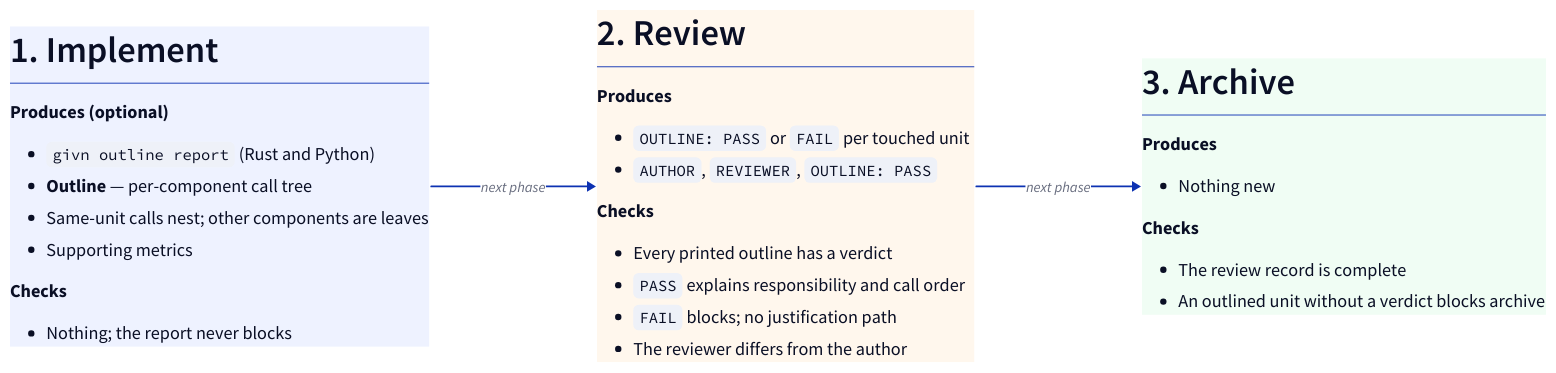
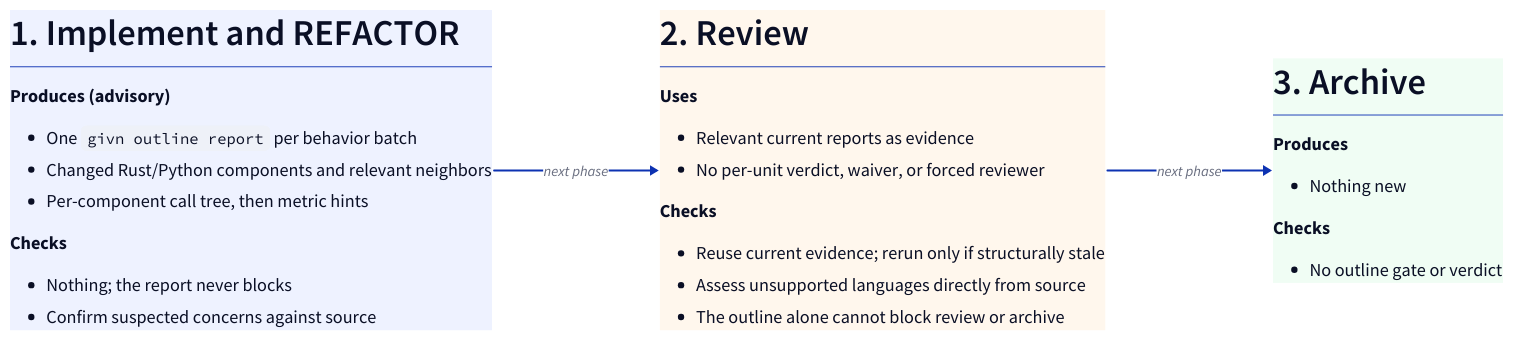
One commit to buster/givn changed the diagram in docs/outline-workflow.d2. Above: the diagram before and after it, drawn with D2. The commit also changed 43 other files, not shown here.

First line of the commit message:
docs(1.0): reconcile current guidance, architecture records and the manual 0.x transition

```diff
--- a/docs/outline-workflow.d2
+++ b/docs/outline-workflow.d2
@@ -1,64 +1,62 @@
 direction: right
 
 
 implement: |md
-  # 1. Implement
+  # 1. Implement and REFACTOR
 
-  **Produces (optional)**
+  **Produces (advisory)**
 
-  - `givn outline report` (Rust and Python)
-  - **Outline** — per-component call tree
-  - Same-unit calls nest; other components are leaves
-  - Supporting metrics
+  - One `givn outline report` per behavior batch
+  - Changed Rust/Python components and relevant neighbors
+  - Per-component call tree, then metric hints
 
   **Checks**
 
   - Nothing; the report never blocks
+  - Confirm suspected concerns against source
 | {
   style.fill: "#eef2ff"
   style.stroke: "#4f46e5"
   style.border-radius: 10
   style.font-size: 20
 }
 
 review: |md
   # 2. Review
 
-  **Produces**
+  **Uses**
 
-  - `OUTLINE: PASS` or `FAIL` per touched unit
-  - `AUTHOR`, `REVIEWER`, `OUTLINE: PASS`
+  - Relevant current reports as evidence
+  - No per-unit verdict, waiver, or forced reviewer
 
   **Checks**
 
-  - Every printed outline has a verdict
-  - `PASS` explains responsibility and call order
-  - `FAIL` blocks; no justification path
-  - The reviewer differs from the author
+  - Reuse current evidence; rerun only if structurally stale
+  - Assess unsupported languages directly from source
+  - The outline alone cannot block review or archive
 | {
   style.fill: "#fff7ed"
   style.stroke: "#ea580c"
   style.border-radius: 10
   style.font-size: 20
 }
 
 archive: |md
   # 3. Archive
 
   **Produces**
 
   - Nothing new
 
   **Checks**
 
-  - The review record is complete
-  - An outlined unit without a verdict blocks archive
+  - No outline gate or verdict
 | {
   style.fill: "#f0fdf4"
   style.stroke: "#16a34a"
   style.border-radius: 10
   style.font-size: 20
 }
 
 implement -> review: "next phase"
 review -> archive: "next phase"
```
